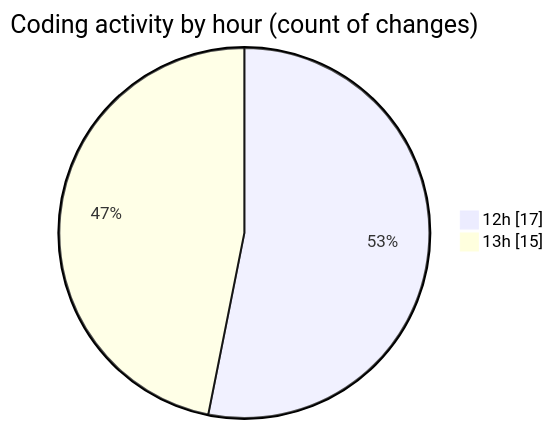
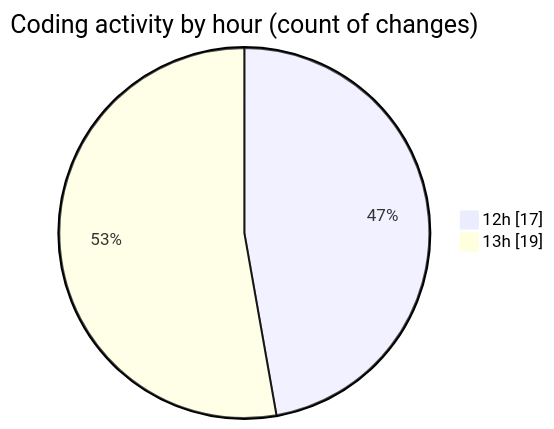
Before and after one commit to nxtqubesakshisongat/code-tracking: the second of 2 diagrams in 2026-03-04/nxtqube_webapp/README.md, drawn with Mermaid. The commit also changed other lines of this file and 1 other file, not shown here.

````diff
--- a/2026-03-04/nxtqube_webapp/README.md
+++ b/2026-03-04/nxtqube_webapp/README.md
@@ -30,6 +31,6 @@
 ```mermaid
 pie showData
 title Coding activity by hour (count of changes)
 "12h" : 17
-"13h" : 15
+"13h" : 19
 ```
````
